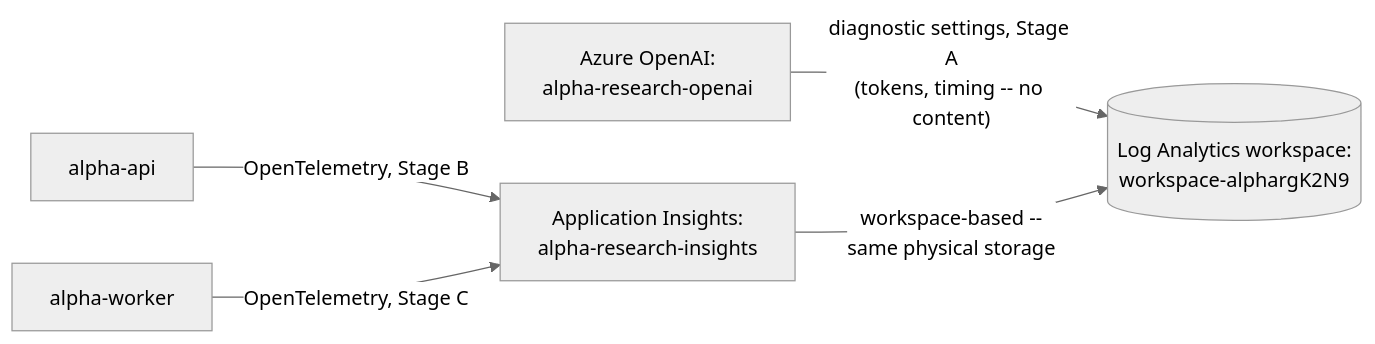
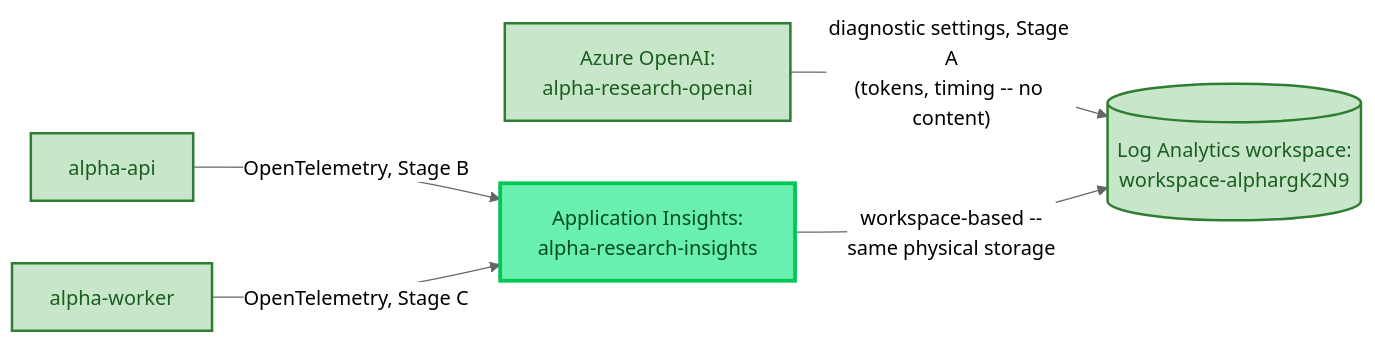
The fourth of 4 diagrams in book/chapter-10-observability.md (jovinod/agenticAI), drawn with Mermaid (neutral theme) before and after one commit. The commit also changed other lines of this file and 1 other file, not shown here.

First line of the commit message:
book: add missing green existing/new diagram styling; add Architecture So Far to chapter 11

````diff
--- a/book/chapter-10-observability.md
+++ b/book/chapter-10-observability.md
@@ -162,13 +167,18 @@
 ```mermaid
 flowchart LR
     OpenAI["Azure OpenAI:<br/>alpha-research-openai"]
     API["alpha-api"]
     Worker["alpha-worker"]
     AI["Application Insights:<br/>alpha-research-insights"]
     LA[("Log Analytics workspace:<br/>workspace-alphargK2N9")]
 
     OpenAI -->|"diagnostic settings, Stage A<br/>(tokens, timing -- no content)"| LA
     API -->|"OpenTelemetry, Stage B"| AI
     Worker -->|"OpenTelemetry, Stage C"| AI
     AI -->|"workspace-based --<br/>same physical storage"| LA
+
+    classDef existing fill:#c8e6c9,stroke:#2e7d32,stroke-width:2px,color:#1b5e20
+    classDef new fill:#69f0ae,stroke:#00c853,stroke-width:3px,color:#004d26
+    class OpenAI,API,Worker,LA existing
+    class AI new
 ```
````
